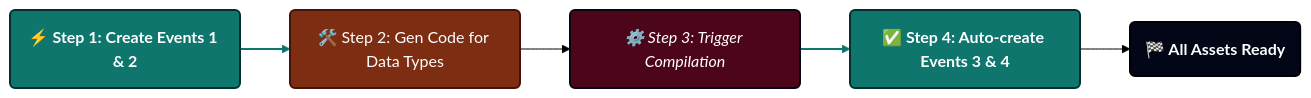
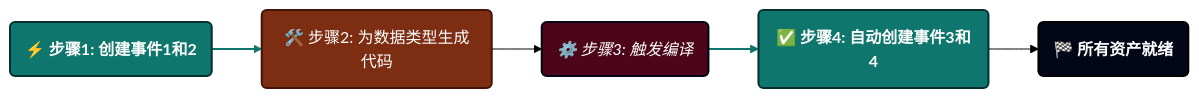
Before and after one commit to tinygiants-tech/TinyGiants: the fourth of 4 diagrams in i18n/zh/docusaurus-plugin-content-docs/current/game-event-system/visual-workflow/game-event-creator.md, drawn with Mermaid (forest theme). The commit also changed other lines of this file and 7 other files, not shown here.

````diff
--- a/i18n/zh/docusaurus-plugin-content-docs/current/game-event-system/visual-workflow/game-event-creator.md
+++ b/i18n/zh/docusaurus-plugin-content-docs/current/game-event-system/visual-workflow/game-event-creator.md
@@ -379,21 +376,21 @@
 ```mermaid
 graph LR
     %% 样式定义：沿用深色系统
     classDef instant fill:#0f766e,stroke:#042f2e,stroke-width:2px,color:#ffffff,font-weight:bold
     classDef warning fill:#7c2d12,stroke:#431407,stroke-width:2px,color:#ffffff
     classDef wait fill:#4c0519,stroke:#020617,stroke-width:2px,color:#ffffff,font-style:italic
     classDef system fill:#020617,stroke:#000000,stroke-width:2px,color:#ffffff,font-weight:bold
 
     %% 流程逻辑
-    A(⚡ Step 1: Create Events 1 & 2):::instant --> B(🛠️ Step 2: Gen Code for Data Types):::warning
+    A(⚡ 步骤1: 创建事件1和2):::instant --> B(🛠️ 步骤2: 为数据类型生成代码):::warning
     
-    B --> C(⚙️ Step 3: Trigger Compilation):::wait
+    B --> C(⚙️ 步骤3: 触发编译):::wait
     
-    C --> D(✅ Step 4: Auto-create Events 3 & 4):::instant
+    C --> D(✅ 步骤4: 自动创建事件3和4):::instant
     
-    D --> E(🏁 All Assets Ready):::system
+    D --> E(🏁 所有资产就绪):::system
 
     %% 提示说明 (可选)
     linkStyle 0 stroke:#0f766e,stroke-width:2px
     linkStyle 2 stroke:#0f766e,stroke-width:2px
 ```
````
